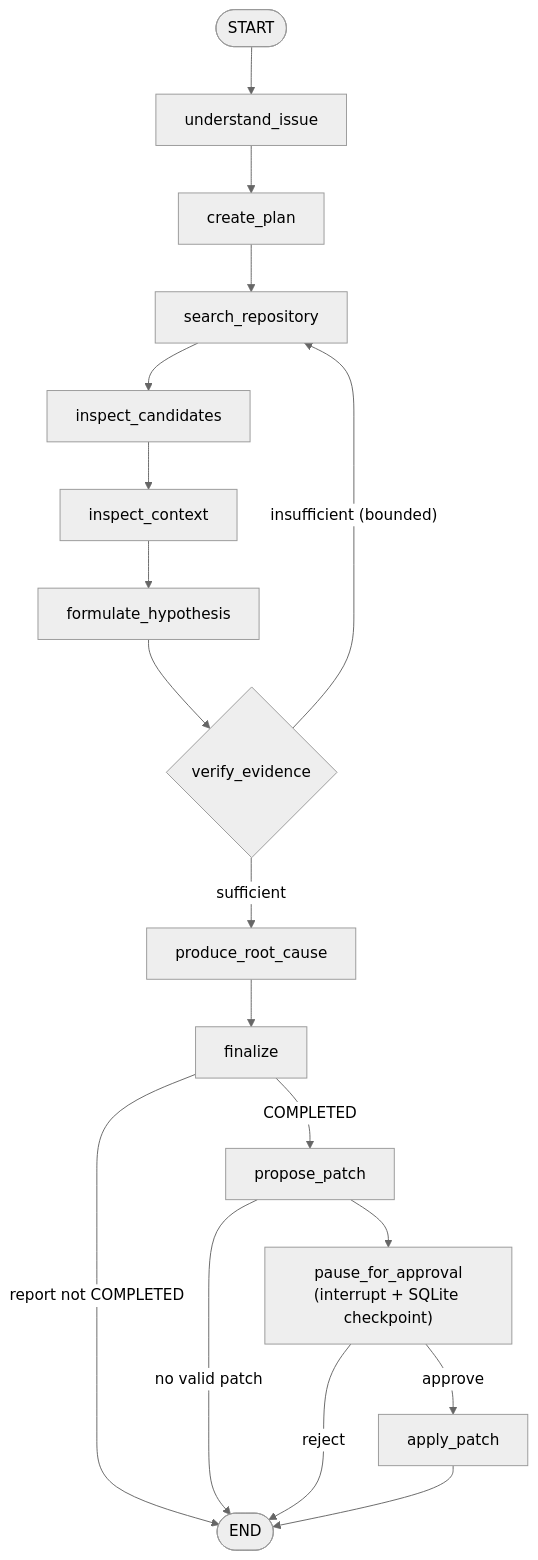
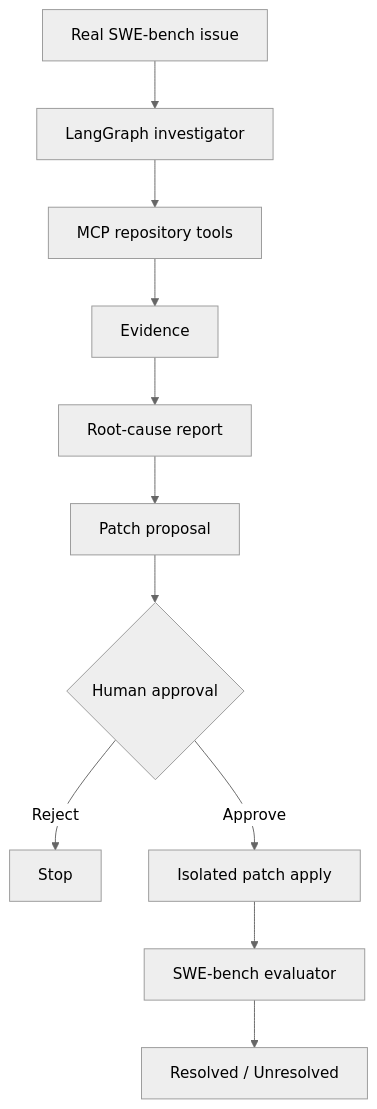
One commit to ishacm/bugtrace changed the diagram in README.md. Above: the diagram before and after it, drawn with Mermaid (neutral theme). The commit also changed other lines of this file, not shown here.

````diff
--- a/README.md
+++ b/README.md
@@ -78,14 +95,13 @@
 ```mermaid
 flowchart TD
-    S([START]) --> U[understand_issue] --> C[create_plan] --> SR[search_repository]
-    SR --> IC[inspect_candidates] --> CX[inspect_context] --> FH[formulate_hypothesis]
-    FH --> V{verify_evidence}
-    V -- "insufficient (bounded)" --> SR
-    V -- sufficient --> RC[produce_root_cause] --> F[finalize]
-    F -- "report not COMPLETED" --> E([END])
-    F -- COMPLETED --> PP[propose_patch]
-    PP -- "no valid patch" --> E
-    PP --> PA["pause_for_approval<br/>(interrupt + SQLite checkpoint)"]
-    PA -- reject --> E
-    PA -- approve --> AP[apply_patch] --> E
+    A[Real SWE-bench issue] --> B[LangGraph investigator]
+    B --> C[MCP repository tools]
+    C --> D[Evidence]
+    D --> E[Root-cause report]
+    E --> F[Patch proposal]
+    F --> G{Human approval}
+    G -->|Reject| H[Stop]
+    G -->|Approve| I[Isolated patch apply]
+    I --> J[SWE-bench evaluator]
+    J --> K[Resolved / Unresolved]
 ```
````
